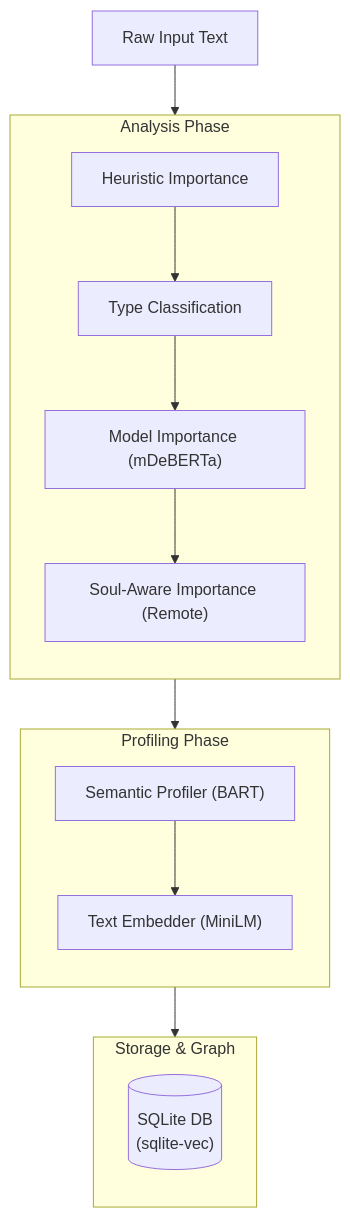
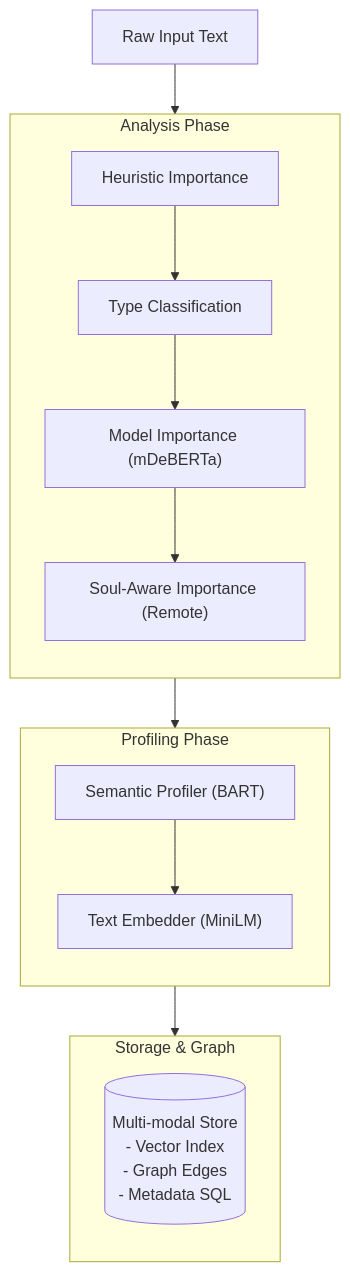
Before and after one commit to hackafterdark/reveriecore: the first of 2 diagrams in DIAGRAM.md, drawn with Mermaid. The commit also changed other lines of this file, not shown here.

Commit message:
diagram docs update

````diff
--- a/DIAGRAM.md
+++ b/DIAGRAM.md
@@ -13,26 +13,25 @@
 ```mermaid
 graph TD
     Input["Raw Input Text"] --> Analysis
     
     subgraph Analysis ["Analysis Phase"]
         direction TB
         H["Heuristic Importance"] --> C["Type Classification"]
         C --> MI["Model Importance (mDeBERTa)"]
         MI --> SI["Soul-Aware Importance (Remote)"]
     end
     
     Analysis --> Profiling
     
     subgraph Profiling ["Profiling Phase"]
         direction TB
         P["Semantic Profiler (BART)"] --> E["Text Embedder (MiniLM)"]
     end
     
     Profiling --> Storage
     
     subgraph Storage ["Storage & Graph"]
         direction TB
-        DB[("SQLite DB
-        (sqlite-vec)")]
+        DB[("Multi-modal Store<br/>- Vector Index<br/>- Graph Edges<br/>- Metadata SQL")]
     end
 ```
````
